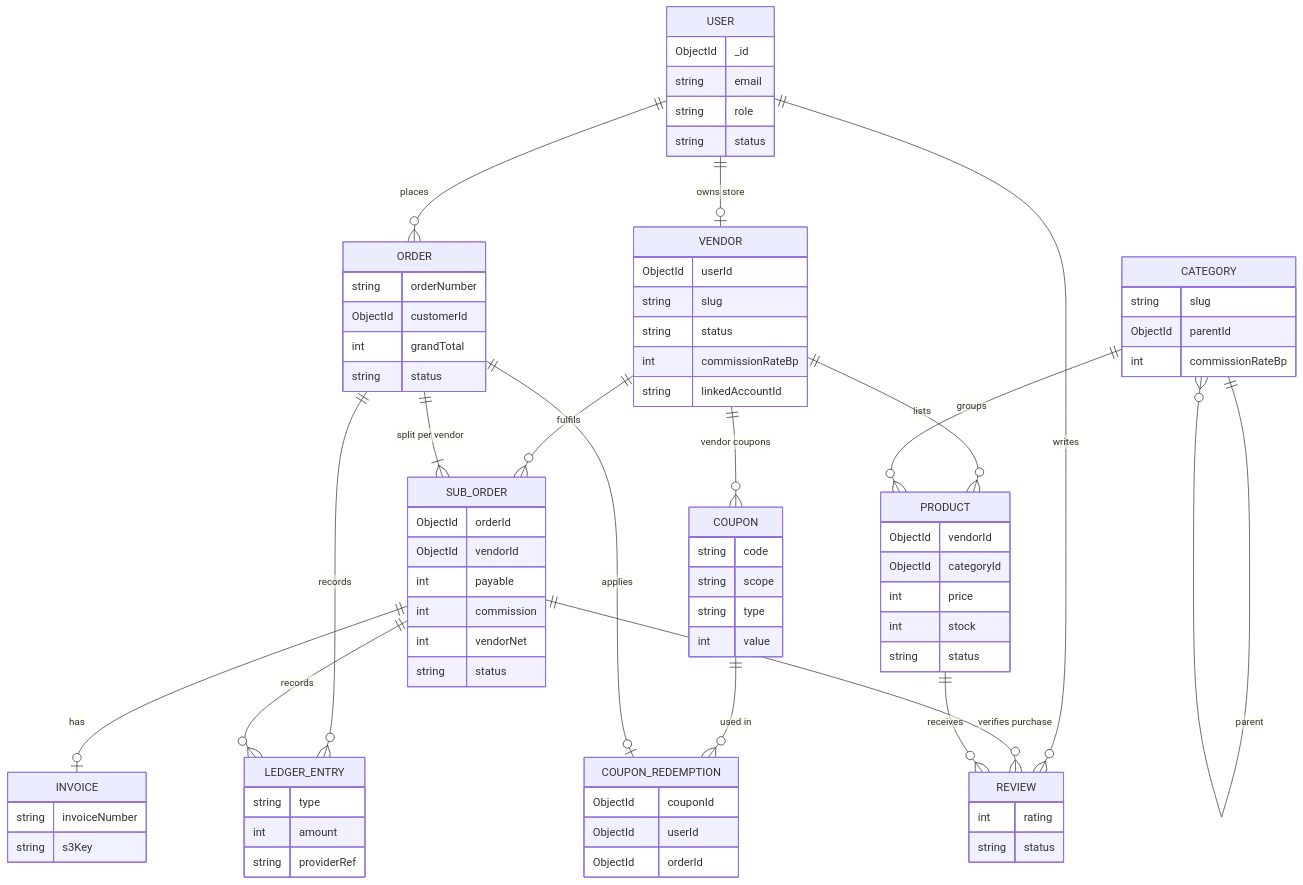
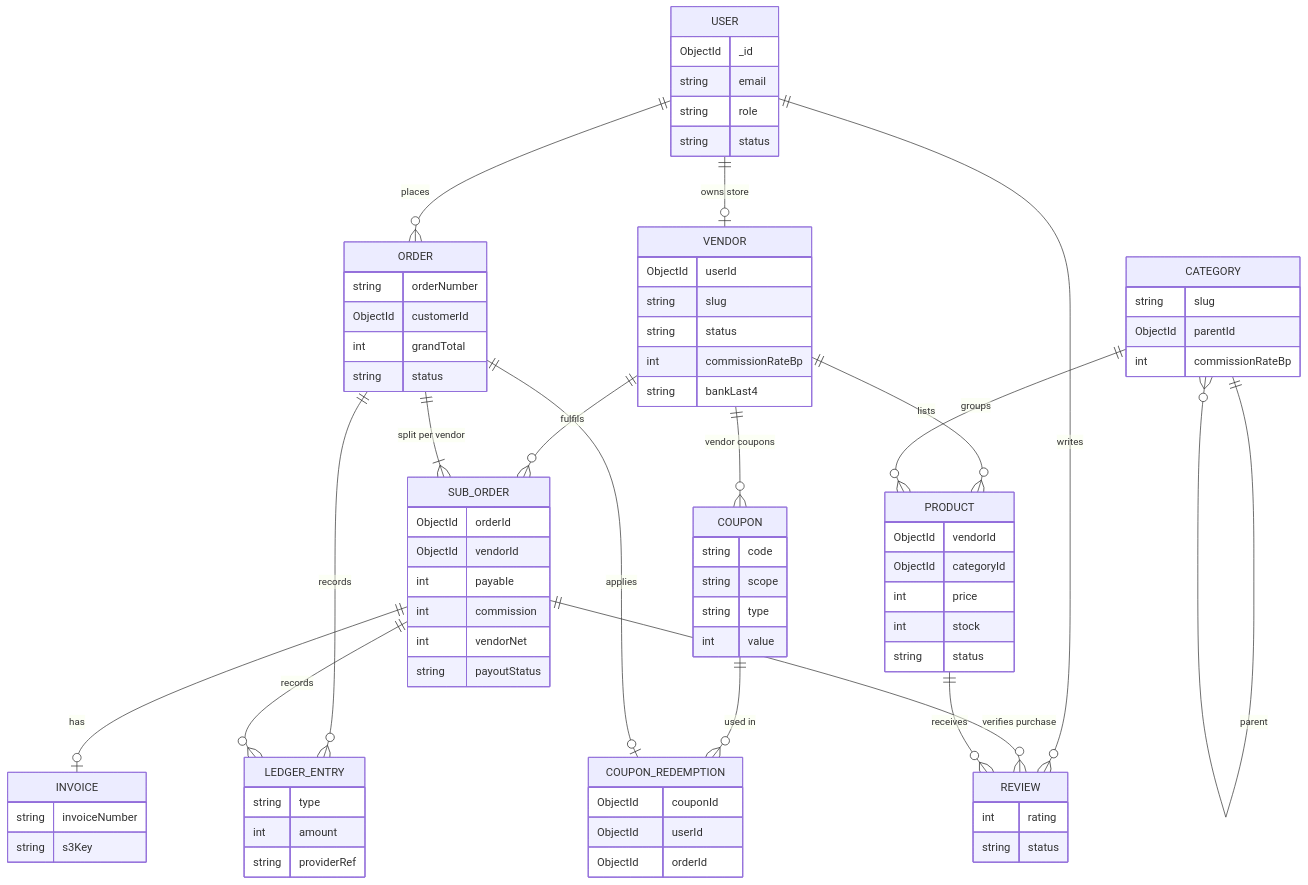
One commit to Adarsh619/Rout_Adarsh_Pradhan_Capstone_Projects changed the diagram in FS-01/docs/assets/erd.mmd. Above: the diagram before and after it, drawn with Mermaid. The commit also changed 15 other files, not shown here.

```diff
--- a/FS-01/docs/assets/erd.mmd
+++ b/FS-01/docs/assets/erd.mmd
@@ -1,29 +1,29 @@
 erDiagram
   USER ||--o| VENDOR : "owns store"
   USER ||--o{ ORDER : places
   USER ||--o{ REVIEW : writes
   VENDOR ||--o{ PRODUCT : lists
   VENDOR ||--o{ SUB_ORDER : fulfils
   VENDOR ||--o{ COUPON : "vendor coupons"
   CATEGORY ||--o{ PRODUCT : groups
   CATEGORY ||--o{ CATEGORY : parent
   ORDER ||--|{ SUB_ORDER : "split per vendor"
   ORDER ||--o{ LEDGER_ENTRY : records
   SUB_ORDER ||--o{ LEDGER_ENTRY : records
   SUB_ORDER ||--o| INVOICE : has
   SUB_ORDER ||--o{ REVIEW : "verifies purchase"
   PRODUCT ||--o{ REVIEW : receives
   COUPON ||--o{ COUPON_REDEMPTION : "used in"
   ORDER ||--o| COUPON_REDEMPTION : applies
 
   USER { ObjectId _id string email string role string status }
-  VENDOR { ObjectId userId string slug string status int commissionRateBp string linkedAccountId }
+  VENDOR { ObjectId userId string slug string status int commissionRateBp string bankLast4 }
   CATEGORY { string slug ObjectId parentId int commissionRateBp }
   PRODUCT { ObjectId vendorId ObjectId categoryId int price int stock string status }
   ORDER { string orderNumber ObjectId customerId int grandTotal string status }
-  SUB_ORDER { ObjectId orderId ObjectId vendorId int payable int commission int vendorNet string status }
+  SUB_ORDER { ObjectId orderId ObjectId vendorId int payable int commission int vendorNet string payoutStatus }
   LEDGER_ENTRY { string type int amount string providerRef }
   INVOICE { string invoiceNumber string s3Key }
   REVIEW { int rating string status }
   COUPON { string code string scope string type int value }
   COUPON_REDEMPTION { ObjectId couponId ObjectId userId ObjectId orderId }
```
